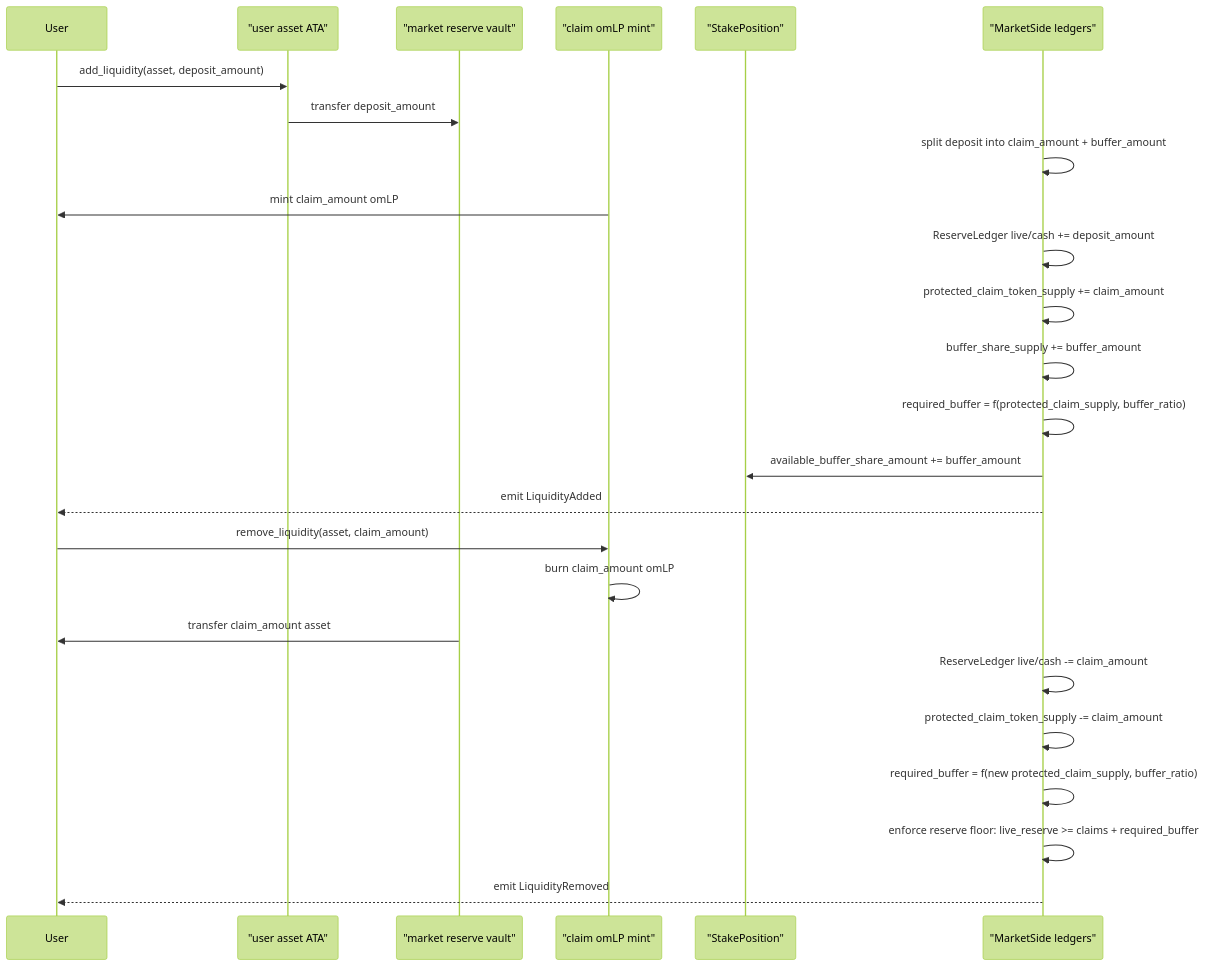
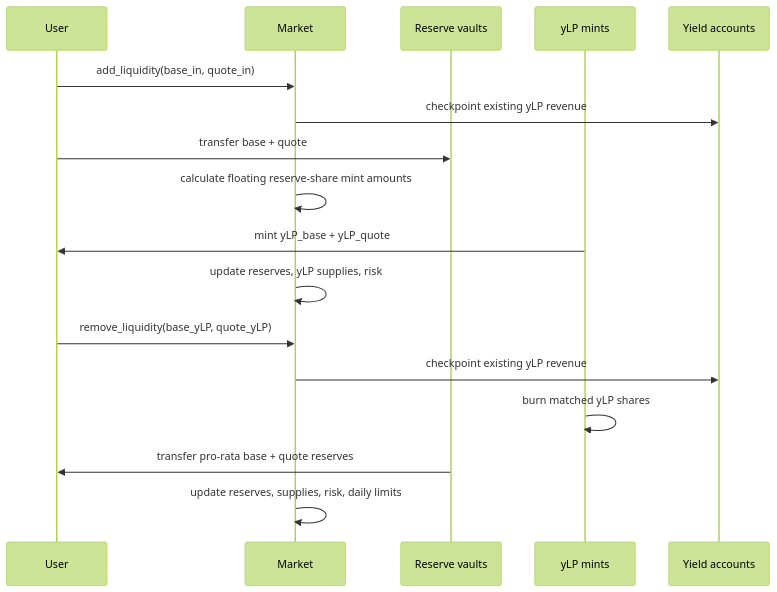
The third of 9 diagrams in V2_USER_FLOW_CHARTS.md (omnipair/omnipair-rs), drawn with Mermaid (forest theme) before and after one commit. The commit also changed other lines of this file and 4 other files, not shown here.

````diff
--- a/V2_USER_FLOW_CHARTS.md
+++ b/V2_USER_FLOW_CHARTS.md
@@ -76,29 +43,21 @@
 ```mermaid
 sequenceDiagram
   participant User
-  participant AssetATA as "user asset ATA"
-  participant ReserveVault as "market reserve vault"
-  participant ClaimMint as "claim omLP mint"
-  participant StakePos as "StakePosition"
-  participant Side as "MarketSide ledgers"
+  participant Market
+  participant ReserveVaults as Reserve vaults
+  participant YlpMints as yLP mints
+  participant Yield as Yield accounts
 
-  User->>AssetATA: add_liquidity(asset, deposit_amount)
-  AssetATA->>ReserveVault: transfer deposit_amount
-  Side->>Side: split deposit into claim_amount + buffer_amount
-  ClaimMint->>User: mint claim_amount omLP
-  Side->>Side: ReserveLedger live/cash += deposit_amount
-  Side->>Side: protected_claim_token_supply += claim_amount
-  Side->>Side: buffer_share_supply += buffer_amount
-  Side->>Side: required_buffer = f(protected_claim_supply, buffer_ratio)
-  Side->>StakePos: available_buffer_share_amount += buffer_amount
-  Side-->>User: emit LiquidityAdded
+  User->>Market: add_liquidity(base_in, quote_in)
+  Market->>Yield: checkpoint existing yLP revenue
+  User->>ReserveVaults: transfer base + quote
+  Market->>Market: calculate floating reserve-share mint amounts
+  YlpMints->>User: mint yLP_base + yLP_quote
+  Market->>Market: update reserves, yLP supplies, risk
 
-  User->>ClaimMint: remove_liquidity(asset, claim_amount)
-  ClaimMint->>ClaimMint: burn claim_amount omLP
-  ReserveVault->>User: transfer claim_amount asset
-  Side->>Side: ReserveLedger live/cash -= claim_amount
-  Side->>Side: protected_claim_token_supply -= claim_amount
-  Side->>Side: required_buffer = f(new protected_claim_supply, buffer_ratio)
-  Side->>Side: enforce reserve floor: live_reserve >= claims + required_buffer
-  Side-->>User: emit LiquidityRemoved
+  User->>Market: remove_liquidity(base_yLP, quote_yLP)
+  Market->>Yield: checkpoint existing yLP revenue
+  YlpMints->>YlpMints: burn matched yLP shares
+  ReserveVaults->>User: transfer pro-rata base + quote reserves
+  Market->>Market: update reserves, supplies, risk, daily limits
 ```
````
